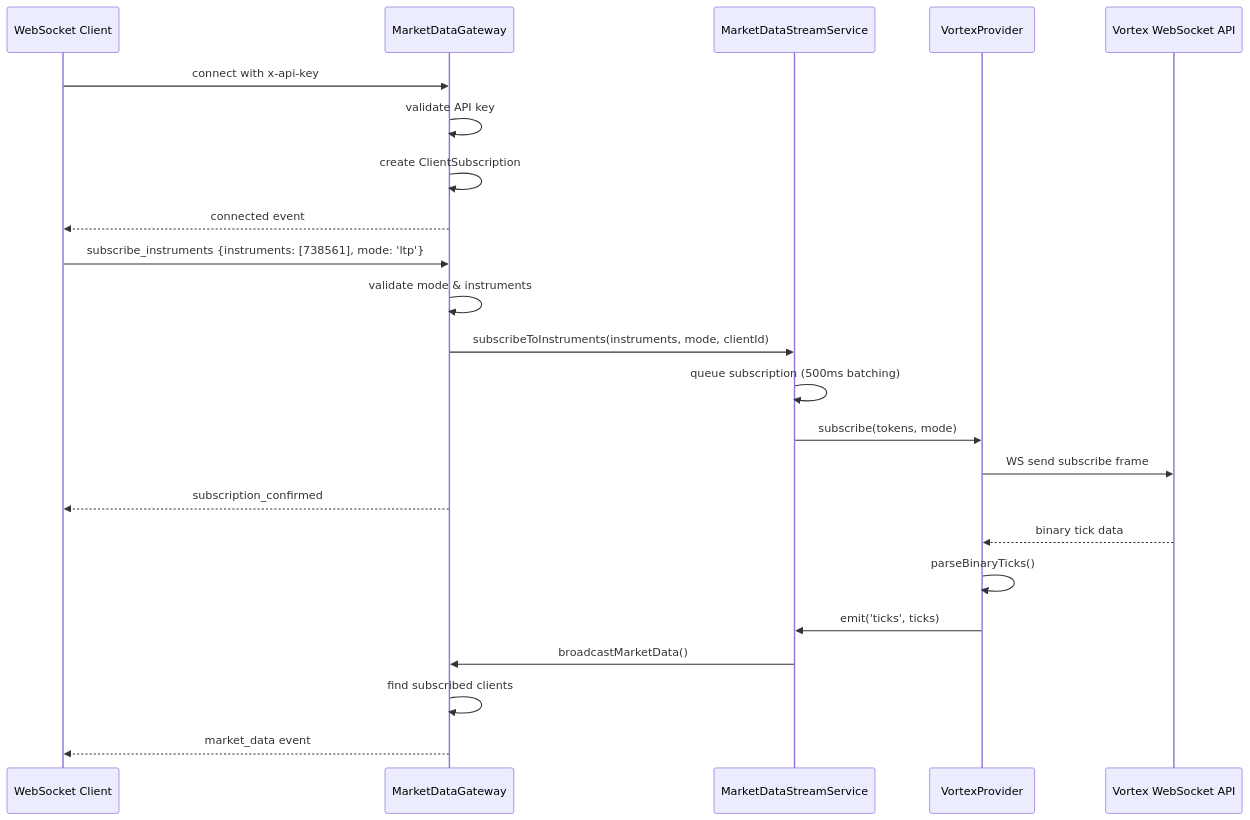
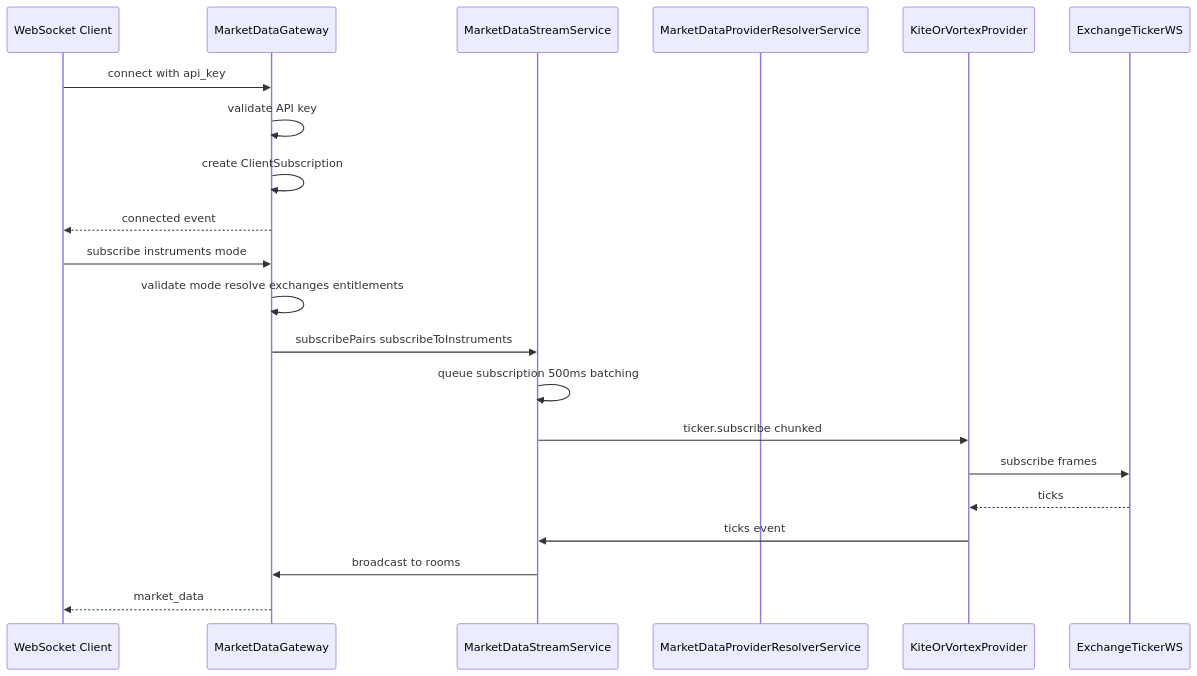
The diagram in src/features/market-data/interface/GATEWAYS.md (AmanVatsSharma/Kite-COnnect-Backend), drawn with Mermaid before and after one commit. The commit also changed other lines of this file and 2 other files, not shown here.

First line of the commit message:
Enhance Streaming Flowchart and Market Data Provider Interface

````diff
--- a/src/features/market-data/interface/GATEWAYS.md
+++ b/src/features/market-data/interface/GATEWAYS.md
@@ -9,28 +14,26 @@
 ```mermaid
 sequenceDiagram
     participant Client as WebSocket Client
     participant Gateway as MarketDataGateway
     participant StreamService as MarketDataStreamService
-    participant Provider as VortexProvider
-    participant VortexAPI as Vortex WebSocket API
+    participant Resolver as MarketDataProviderResolverService
+    participant Provider as KiteOrVortexProvider
+    participant Upstream as ExchangeTickerWS
 
-    Client->>Gateway: connect with x-api-key
+    Client->>Gateway: connect with api_key
     Gateway->>Gateway: validate API key
     Gateway->>Gateway: create ClientSubscription
     Gateway-->>Client: connected event
 
-    Client->>Gateway: subscribe_instruments {instruments: [738561], mode: 'ltp'}
-    Gateway->>Gateway: validate mode & instruments
-    Gateway->>StreamService: subscribeToInstruments(instruments, mode, clientId)
-    StreamService->>StreamService: queue subscription (500ms batching)
-    StreamService->>Provider: subscribe(tokens, mode)
-    Provider->>VortexAPI: WS send subscribe frame
-    Gateway-->>Client: subscription_confirmed
+    Client->>Gateway: subscribe instruments mode
+    Gateway->>Gateway: validate mode resolve exchanges entitlements
+    Gateway->>StreamService: subscribePairs subscribeToInstruments
+    StreamService->>StreamService: queue subscription 500ms batching
+    StreamService->>Provider: ticker.subscribe chunked
+    Provider->>Upstream: subscribe frames
 
-    VortexAPI-->>Provider: binary tick data
-    Provider->>Provider: parseBinaryTicks()
-    Provider->>StreamService: emit('ticks', ticks)
-    StreamService->>Gateway: broadcastMarketData()
-    Gateway->>Gateway: find subscribed clients
-    Gateway-->>Client: market_data event
+    Upstream-->>Provider: ticks
+    Provider->>StreamService: ticks event
+    StreamService->>Gateway: broadcast to rooms
+    Gateway-->>Client: market_data
 ```
````
